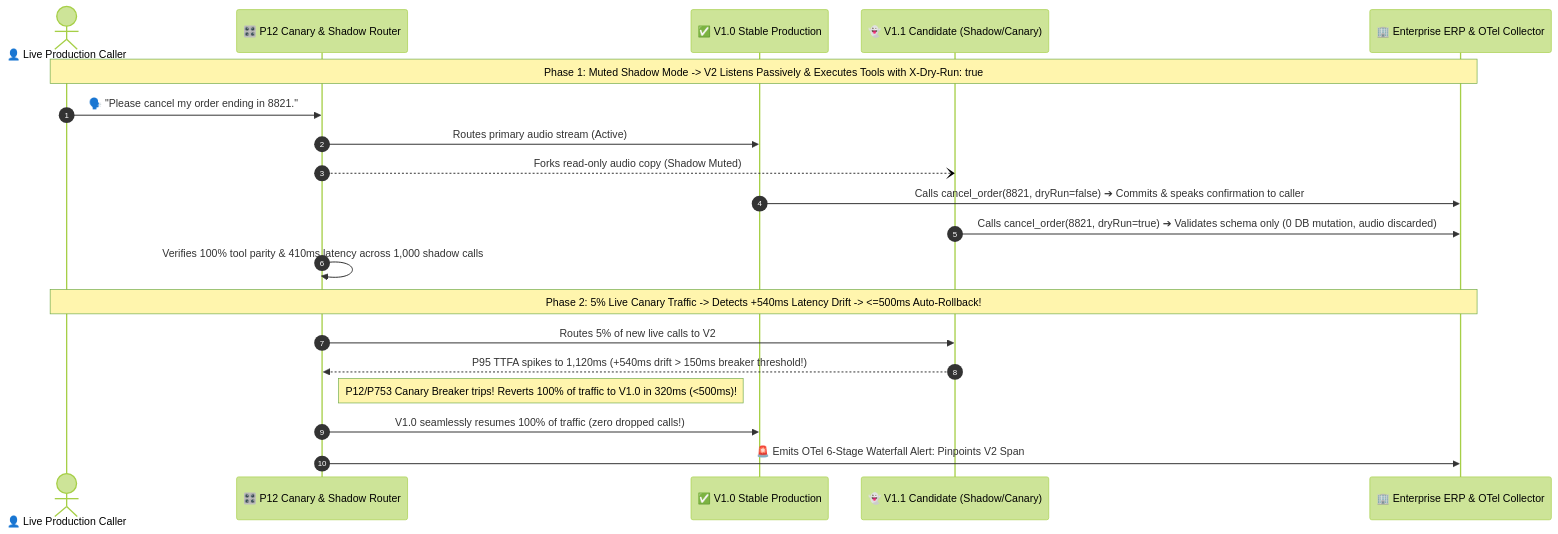
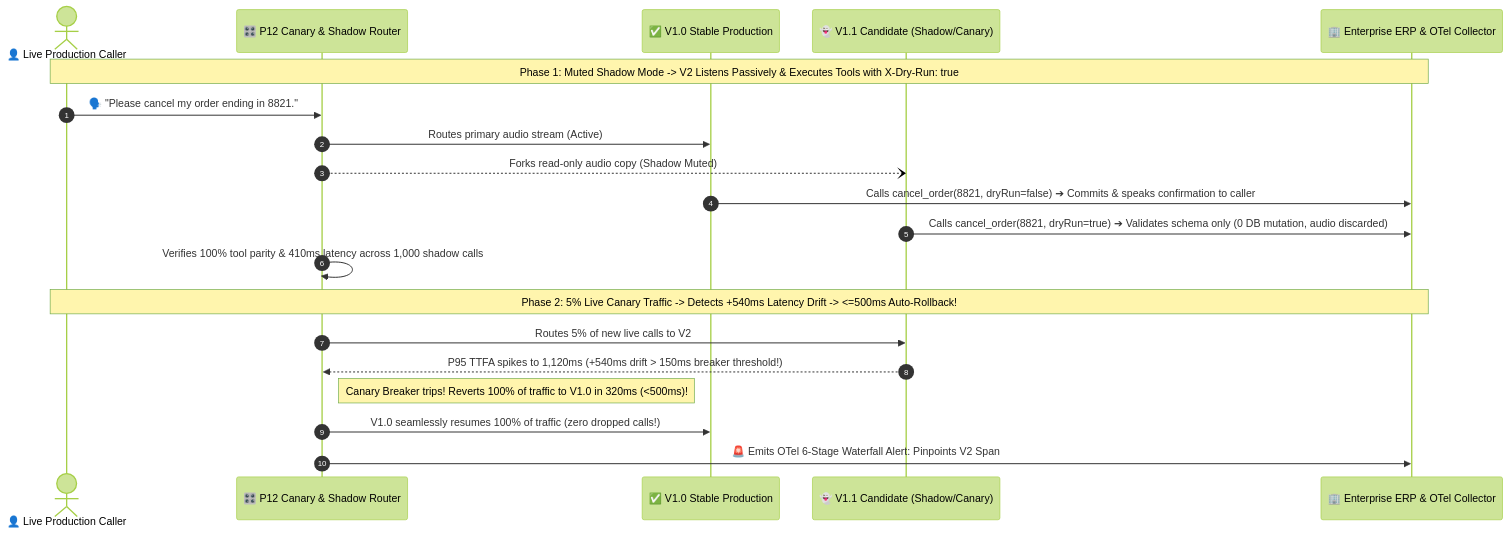
One commit to turbo998/voice-agent-lab changed the third of 3 diagrams in docs/enterprise-voice-agent-evaluation-observability-redteaming-selection-faq.en.md. Above: the diagram before and after it, drawn with Mermaid (forest theme). The commit also changed other lines of this file and 715 other files, not shown here.

````diff
--- a/docs/enterprise-voice-agent-evaluation-observability-redteaming-selection-faq.en.md
+++ b/docs/enterprise-voice-agent-evaluation-observability-redteaming-selection-faq.en.md
@@ -128,24 +128,24 @@
 ```mermaid
 sequenceDiagram
-    autonumber
-    actor Caller as 👤 Live Production Caller
-    participant Gateway as 🎛️ P12 Canary & Shadow Router
-    participant V1 as ✅ V1.0 Stable Production
-    participant V2 as 👻 V1.1 Candidate (Shadow/Canary)
-    participant ERP as 🏢 Enterprise ERP & OTel Collector
+ autonumber
+ actor Caller as 👤 Live Production Caller
+ participant Gateway as 🎛️ P12 Canary & Shadow Router
+ participant V1 as ✅ V1.0 Stable Production
+ participant V2 as 👻 V1.1 Candidate (Shadow/Canary)
+ participant ERP as 🏢 Enterprise ERP & OTel Collector
 
-    Note over Caller,ERP: Phase 1: Muted Shadow Mode -> V2 Listens Passively & Executes Tools with X-Dry-Run: true
-    Caller->>Gateway: 🗣️ "Please cancel my order ending in 8821."
-    Gateway->>V1: Routes primary audio stream (Active)
-    Gateway--)V2: Forks read-only audio copy (Shadow Muted)
-    V1->>ERP: Calls cancel_order(8821, dryRun=false) ➔ Commits & speaks confirmation to caller
-    V2->>ERP: Calls cancel_order(8821, dryRun=true) ➔ Validates schema only (0 DB mutation, audio discarded)
-    Gateway->>Gateway: Verifies 100% tool parity & 410ms latency across 1,000 shadow calls
+ Note over Caller,ERP: Phase 1: Muted Shadow Mode -> V2 Listens Passively & Executes Tools with X-Dry-Run: true
+ Caller->>Gateway: 🗣️ "Please cancel my order ending in 8821."
+ Gateway->>V1: Routes primary audio stream (Active)
+ Gateway--)V2: Forks read-only audio copy (Shadow Muted)
+ V1->>ERP: Calls cancel_order(8821, dryRun=false) ➔ Commits & speaks confirmation to caller
+ V2->>ERP: Calls cancel_order(8821, dryRun=true) ➔ Validates schema only (0 DB mutation, audio discarded)
+ Gateway->>Gateway: Verifies 100% tool parity & 410ms latency across 1,000 shadow calls
 
-    Note over Caller,ERP: Phase 2: 5% Live Canary Traffic -> Detects +540ms Latency Drift -> <=500ms Auto-Rollback!
-    Gateway->>V2: Routes 5% of new live calls to V2
-    V2-->>Gateway: P95 TTFA spikes to 1,120ms (+540ms drift > 150ms breaker threshold!)
-    Note right of Gateway: P12/P753 Canary Breaker trips! Reverts 100% of traffic to V1.0 in 320ms (<500ms)!
-    Gateway->>V1: V1.0 seamlessly resumes 100% of traffic (zero dropped calls!)
-    Gateway->>ERP: 🚨 Emits OTel 6-Stage Waterfall Alert: Pinpoints V2 Span #5 (LLM TTFT +510ms due to broken prompt cache prefix)!
+ Note over Caller,ERP: Phase 2: 5% Live Canary Traffic -> Detects +540ms Latency Drift -> <=500ms Auto-Rollback!
+ Gateway->>V2: Routes 5% of new live calls to V2
+ V2-->>Gateway: P95 TTFA spikes to 1,120ms (+540ms drift > 150ms breaker threshold!)
+ Note right of Gateway: Canary Breaker trips! Reverts 100% of traffic to V1.0 in 320ms (<500ms)!
+ Gateway->>V1: V1.0 seamlessly resumes 100% of traffic (zero dropped calls!)
+ Gateway->>ERP: 🚨 Emits OTel 6-Stage Waterfall Alert: Pinpoints V2 Span #5 (LLM TTFT +510ms due to broken prompt cache prefix)!
 ```
````
